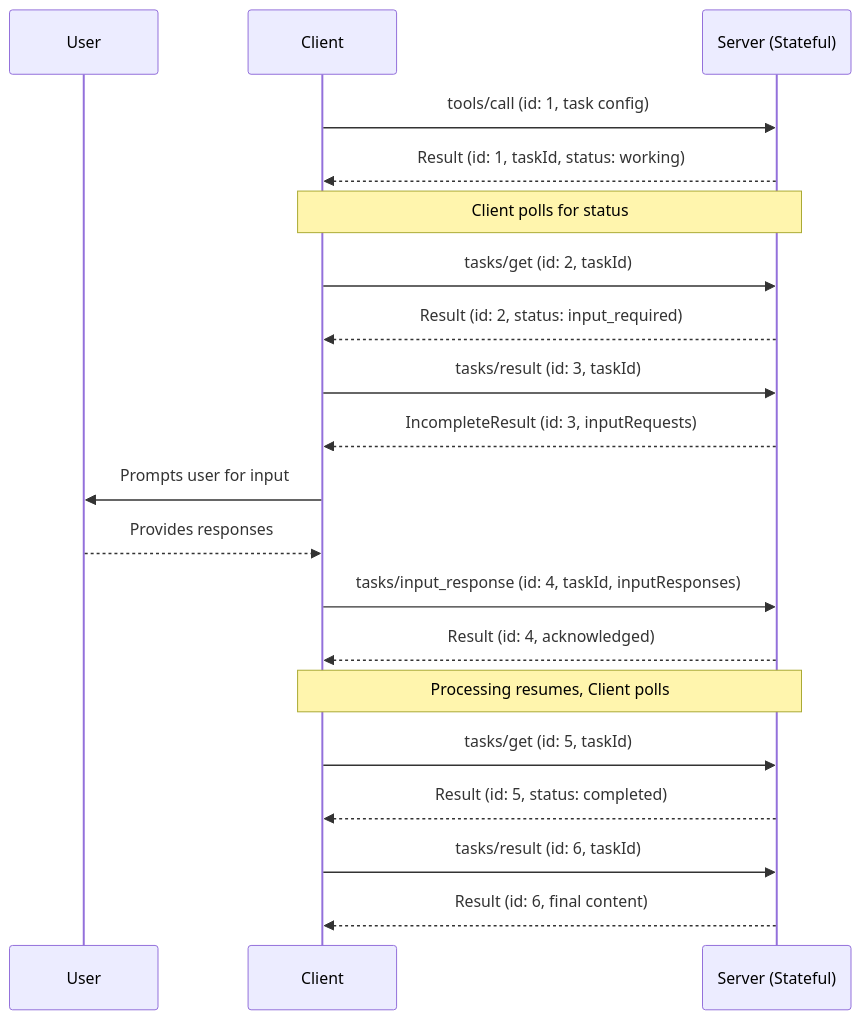
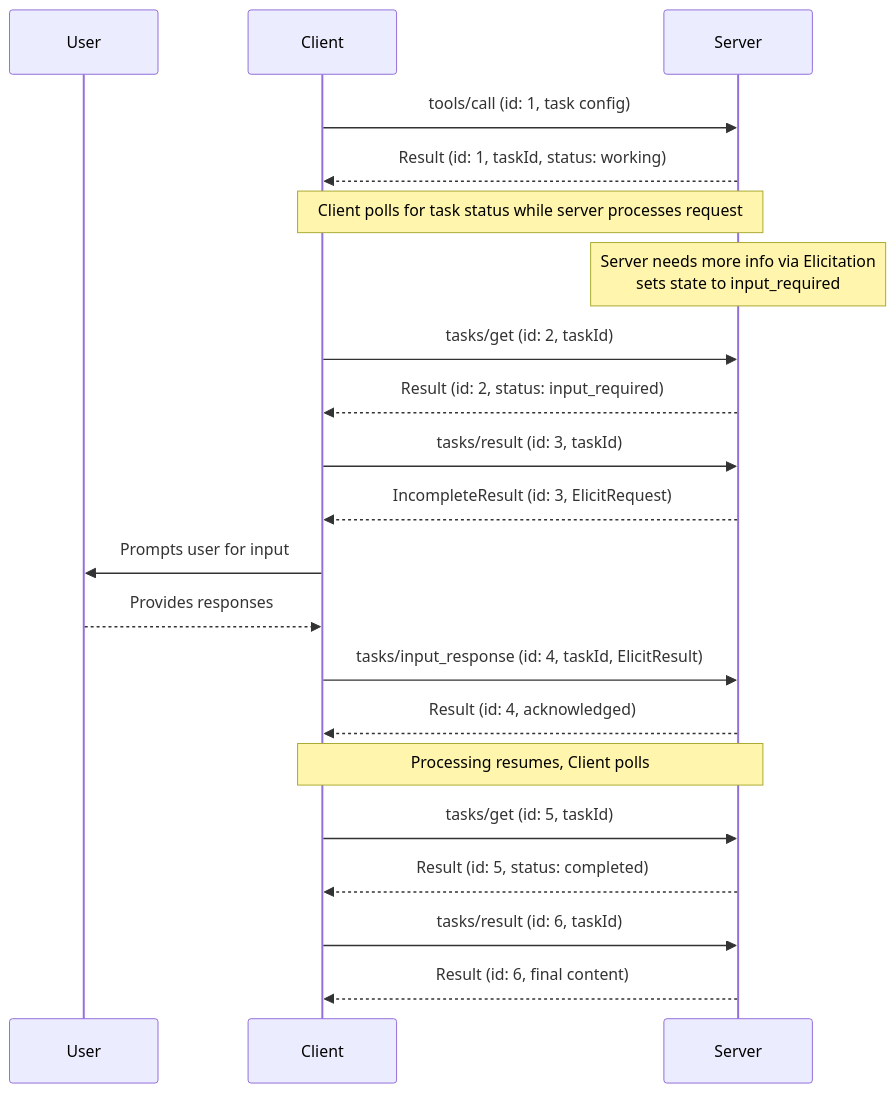
The third of 3 diagrams in docs/specification/draft/basic/utilities/mrtr.mdx (modelcontextprotocol/modelcontextprotocol), drawn with Mermaid before and after one commit. The commit also changed other lines of this file and 4 other files, not shown here.

Commit message:
Update diagrams

````diff
--- a/docs/specification/draft/basic/utilities/mrtr.mdx
+++ b/docs/specification/draft/basic/utilities/mrtr.mdx
@@ -218,28 +242,30 @@
 ```mermaid
 sequenceDiagram
     participant U as User
     participant C as Client
-    participant S as Server (Stateful)
+    participant S as Server
     C->>S: tools/call (id: 1, task config)
     S-->>C: Result (id: 1, taskId, status: working)
 
-    note over C,S: Client polls for status
+    note over C,S: Client polls for task status while server processes request
+
+    note over S: Server needs more info via Elicitation <br/> sets state to input_required
     C->>S: tasks/get (id: 2, taskId)
     S-->>C: Result (id: 2, status: input_required)
 
     C->>S: tasks/result (id: 3, taskId)
-    S-->>C: IncompleteResult (id: 3, inputRequests)
+    S-->>C: IncompleteResult (id: 3, ElicitRequest)
 
     C->>U: Prompts user for input
     U-->>C: Provides responses
 
-    C->>S: tasks/input_response (id: 4, taskId, inputResponses)
+    C->>S: tasks/input_response (id: 4, taskId, ElicitResult)
     S-->>C: Result (id: 4, acknowledged)
 
     note over C,S: Processing resumes, Client polls
     C->>S: tasks/get (id: 5, taskId)
     S-->>C: Result (id: 5, status: completed)
 
     C->>S: tasks/result (id: 6, taskId)
     S-->>C: Result (id: 6, final content)
 ```
````
